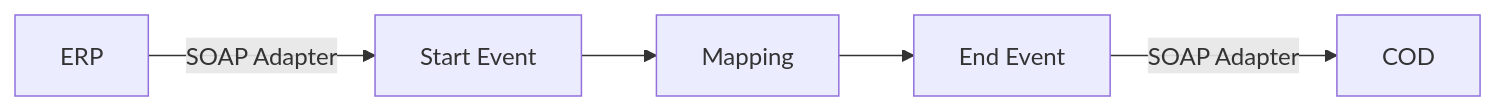
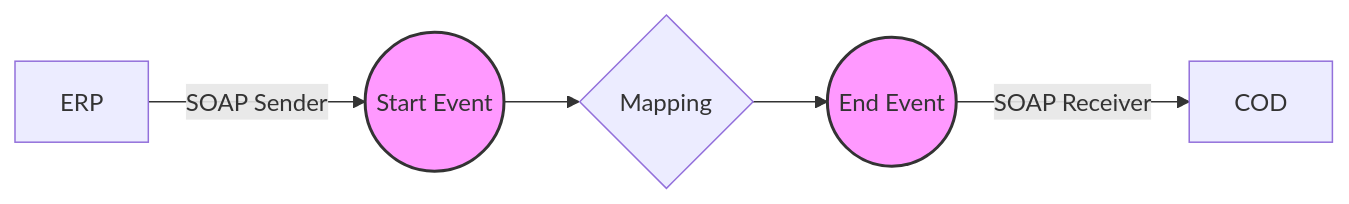
The diagram in MMZ - Cell Iflows/Check_Connectivity_from_SAP_Business_Suite_MMZ-1.0.3/readme.md (Avvale-IA-CICD/AvvaleCPI), drawn with Mermaid before and after one commit. The commit also changed other lines of this file, not shown here.

````diff
--- a/MMZ - Cell Iflows/Check_Connectivity_from_SAP_Business_Suite_MMZ-1.0.3/readme.md
+++ b/MMZ - Cell Iflows/Check_Connectivity_from_SAP_Business_Suite_MMZ-1.0.3/readme.md
@@ -4,13 +4,9 @@
 ```mermaid
 graph LR
-    ERP[ERP]
-    COD[COD]
-    Start[Start Event]
-    Mapping[Mapping]
-    End[End Event]
-
-    ERP -- SOAP Adapter --> Start
-    Start --> Mapping
-    Mapping --> End
-    End -- SOAP Adapter --> COD
+    ERP[ERP] -->|SOAP Sender| StartEvent((Start Event))
+    StartEvent((Start Event)) --> Mapping{Mapping}
+    Mapping{Mapping} --> EndEvent((End Event))
+    EndEvent((End Event)) -->|SOAP Receiver| COD[COD]
+    style StartEvent fill:#f9f,stroke:#333,stroke-width:2px
+    style EndEvent fill:#f9f,stroke:#333,stroke-width:2px
 ```
````
